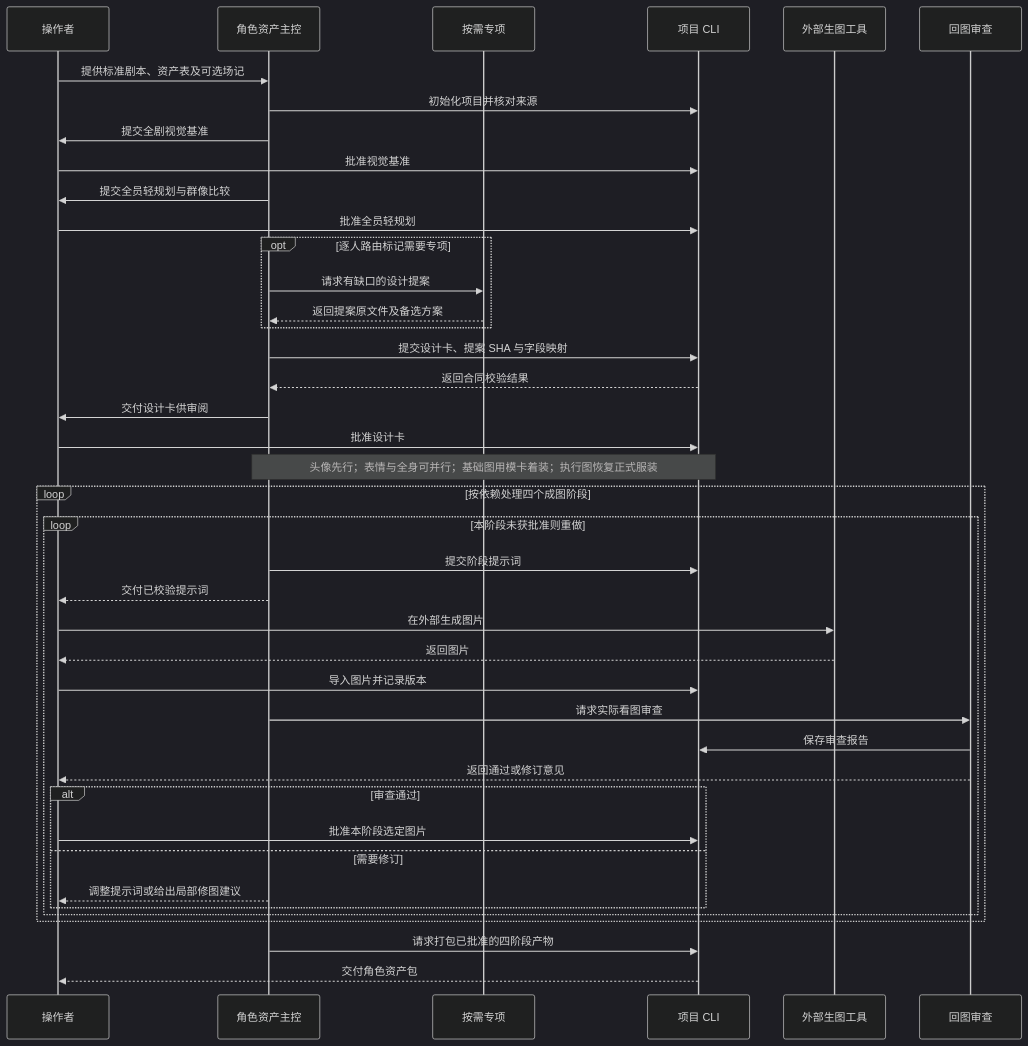
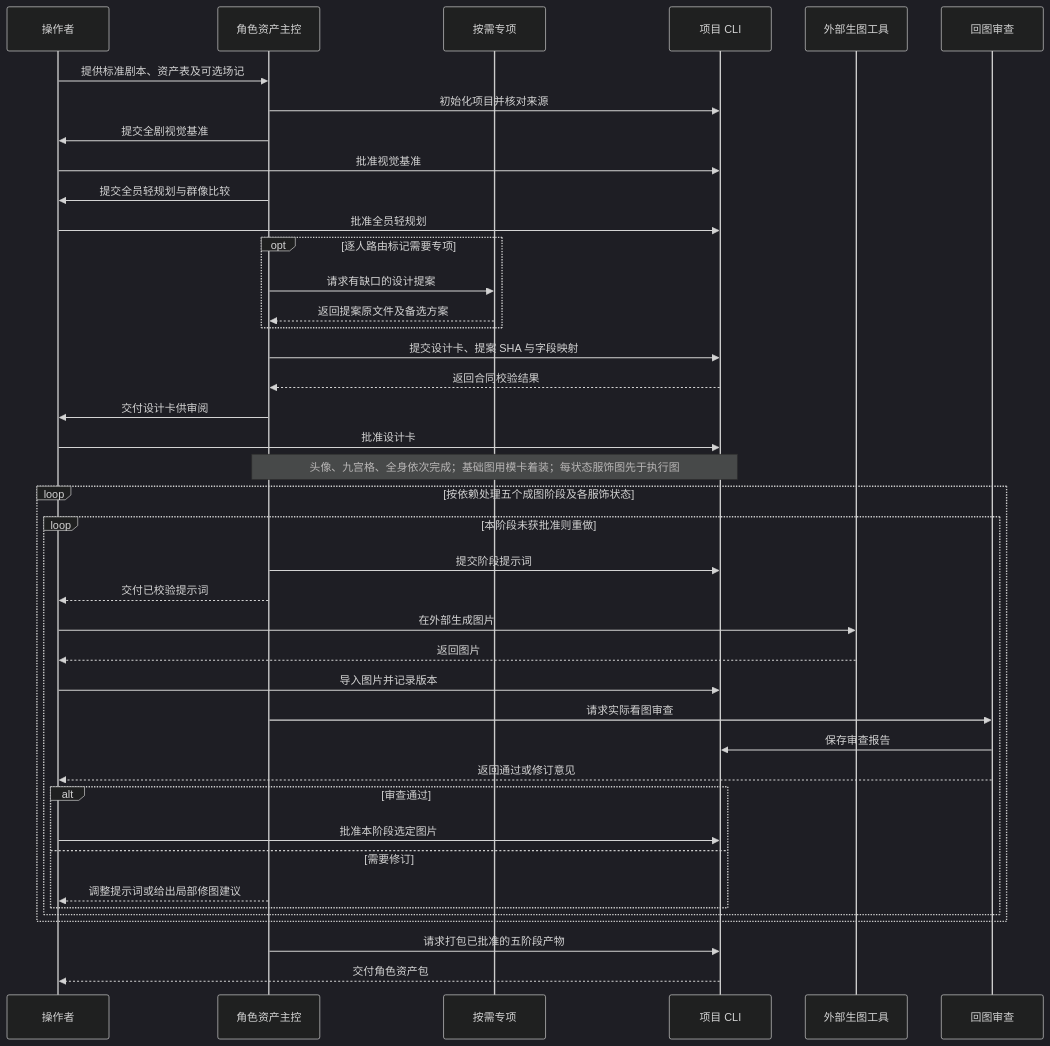
One commit to kaibaoxiang-studio/ZiChan changed the second of 3 diagrams in README.md. Above: the diagram before and after it, drawn with Mermaid (dark theme). The commit also changed other lines of this file and 60 other files, not shown here.

````diff
--- a/README.md
+++ b/README.md
@@ -52,43 +58,43 @@
 ```mermaid
 sequenceDiagram
     participant U as 操作者
     participant H as 角色资产主控
     participant S as 按需专项
     participant C as 项目 CLI
     participant G as 外部生图工具
     participant R as 回图审查
     U->>H: 提供标准剧本、资产表及可选场记
     H->>C: 初始化项目并核对来源
     H->>U: 提交全剧视觉基准
     U->>C: 批准视觉基准
     H->>U: 提交全员轻规划与群像比较
     U->>C: 批准全员轻规划
     opt 逐人路由标记需要专项
         H->>S: 请求有缺口的设计提案
         S-->>H: 返回提案原文件及备选方案
     end
     H->>C: 提交设计卡、提案 SHA 与字段映射
     C-->>H: 返回合同校验结果
     H->>U: 交付设计卡供审阅
     U->>C: 批准设计卡
-    Note over H,C: 头像先行；表情与全身可并行；基础图用模卡着装；执行图恢复正式服装
-    loop 按依赖处理四个成图阶段
+    Note over H,C: 头像、九宫格、全身依次完成；基础图用模卡着装；每状态服饰图先于执行图
+    loop 按依赖处理五个成图阶段及各服饰状态
         loop 本阶段未获批准则重做
             H->>C: 提交阶段提示词
             H-->>U: 交付已校验提示词
             U->>G: 在外部生成图片
             G-->>U: 返回图片
             U->>C: 导入图片并记录版本
             H->>R: 请求实际看图审查
             R->>C: 保存审查报告
             R-->>U: 返回通过或修订意见
             alt 审查通过
                 U->>C: 批准本阶段选定图片
             else 需要修订
                 H-->>U: 调整提示词或给出局部修图建议
             end
         end
     end
-    H->>C: 请求打包已批准的四阶段产物
+    H->>C: 请求打包已批准的五阶段产物
     C-->>U: 交付角色资产包
 ```
````
